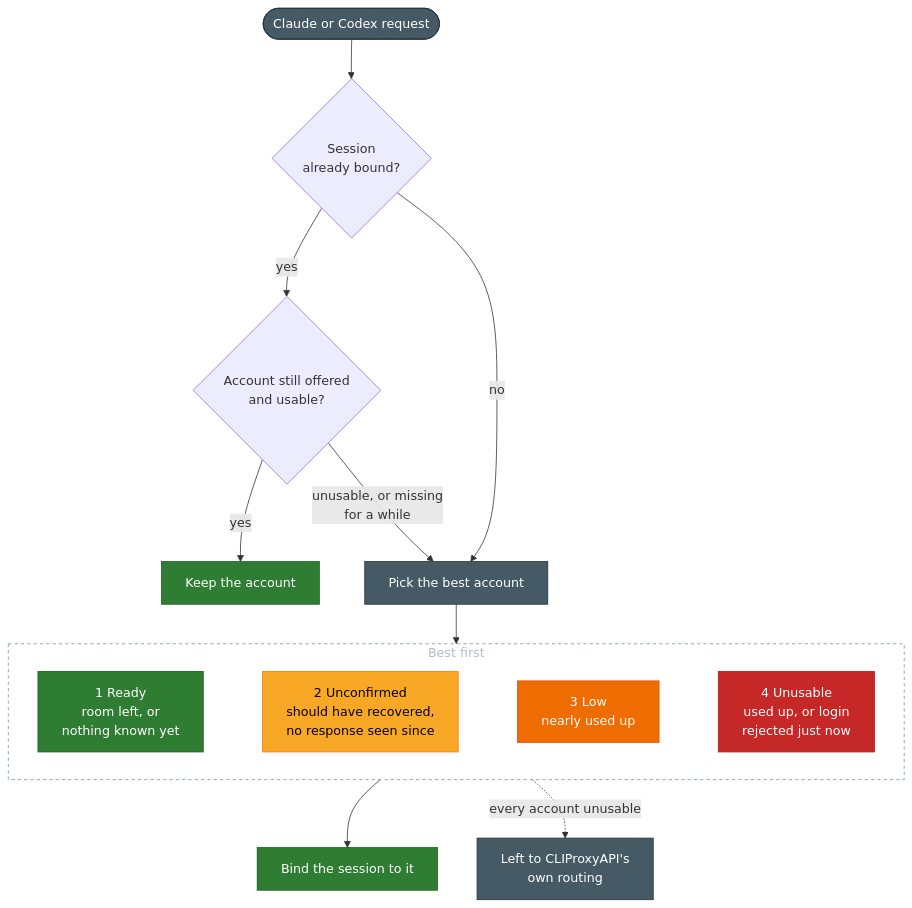
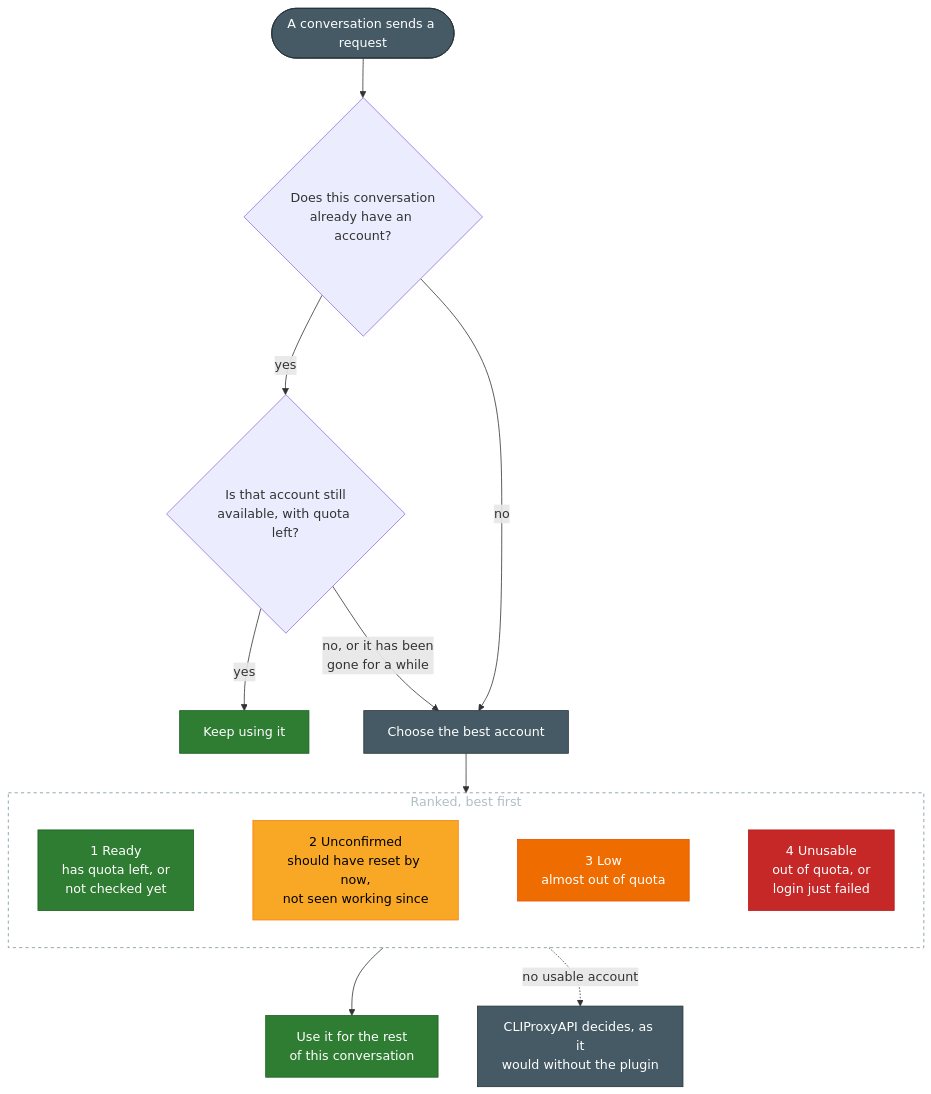
Before and after one commit to stavarengo/CLIProxyAPI-Expiring-Quota-First: the diagram in README.md, drawn with Mermaid.

Commit message:
docs: word the picking diagram for non-technical readers

````diff
--- a/README.md
+++ b/README.md
@@ -25,27 +25,27 @@
 ```mermaid
 flowchart TD
-    R([Claude or Codex request]) --> B{Session<br>already bound?}
-    B -- yes --> O{Account still offered<br>and usable?}
-    O -- yes --> K[Keep the account]
-    O -- "unusable, or missing<br>for a while" --> N
-    B -- no --> N[Pick the best account]
+    R([A conversation sends a request]) --> B{Does this conversation<br>already have an account?}
+    B -- yes --> O{Is that account still<br>available, with quota left?}
+    O -- yes --> K[Keep using it]
+    O -- "no, or it has been<br>gone for a while" --> N
+    B -- no --> N[Choose the best account]
     N --> RANK
-    subgraph RANK[Best first]
+    subgraph RANK[Ranked, best first]
         direction LR
-        G1[1 Ready<br>room left, or<br>nothing known yet] ~~~ G2[2 Unconfirmed<br>should have recovered,<br>no response seen since] ~~~ G3[3 Low<br>nearly used up] ~~~ G4[4 Unusable<br>used up, or login<br>rejected just now]
+        G1[1 Ready<br>has quota left, or<br>not checked yet] ~~~ G2[2 Unconfirmed<br>should have reset by now,<br>not seen working since] ~~~ G3[3 Low<br>almost out of quota] ~~~ G4[4 Unusable<br>out of quota, or<br>login just failed]
     end
-    RANK --> P[Bind the session to it]
-    RANK -. every account unusable .-> C[Left to CLIProxyAPI's<br>own routing]
+    RANK --> P[Use it for the rest<br>of this conversation]
+    RANK -. no usable account .-> C[CLIProxyAPI decides, as it<br>would without the plugin]
 
     classDef ready fill:#2e7d32,color:#fff,stroke:#1b5e20
     classDef waiting fill:#f9a825,color:#000,stroke:#f57f17
     classDef low fill:#ef6c00,color:#fff,stroke:#e65100
     classDef bad fill:#c62828,color:#fff,stroke:#b71c1c
     classDef neutral fill:#455a64,color:#fff,stroke:#263238
     class G1,K,P ready
     class G2 waiting
     class G3 low
     class G4 bad
     class C,R,N neutral
     style RANK fill:none,stroke:#78909c,stroke-dasharray:4,color:#b0bec5
 ```
````
